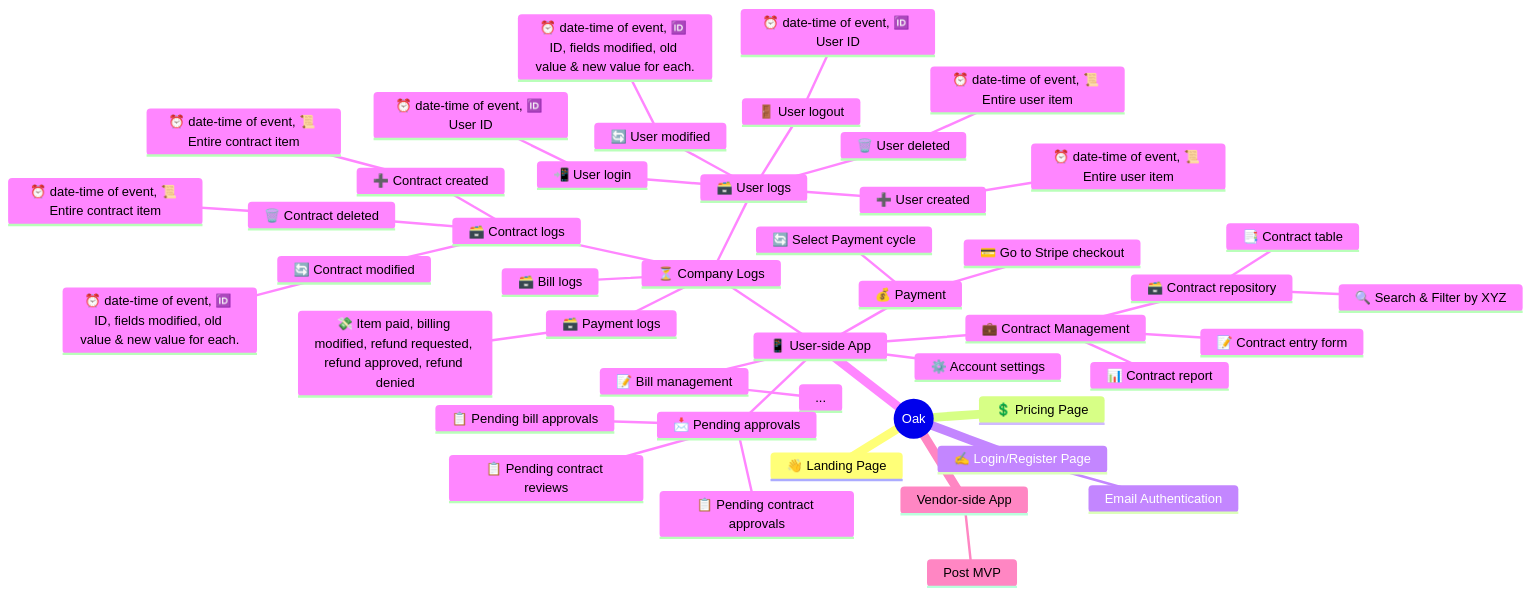
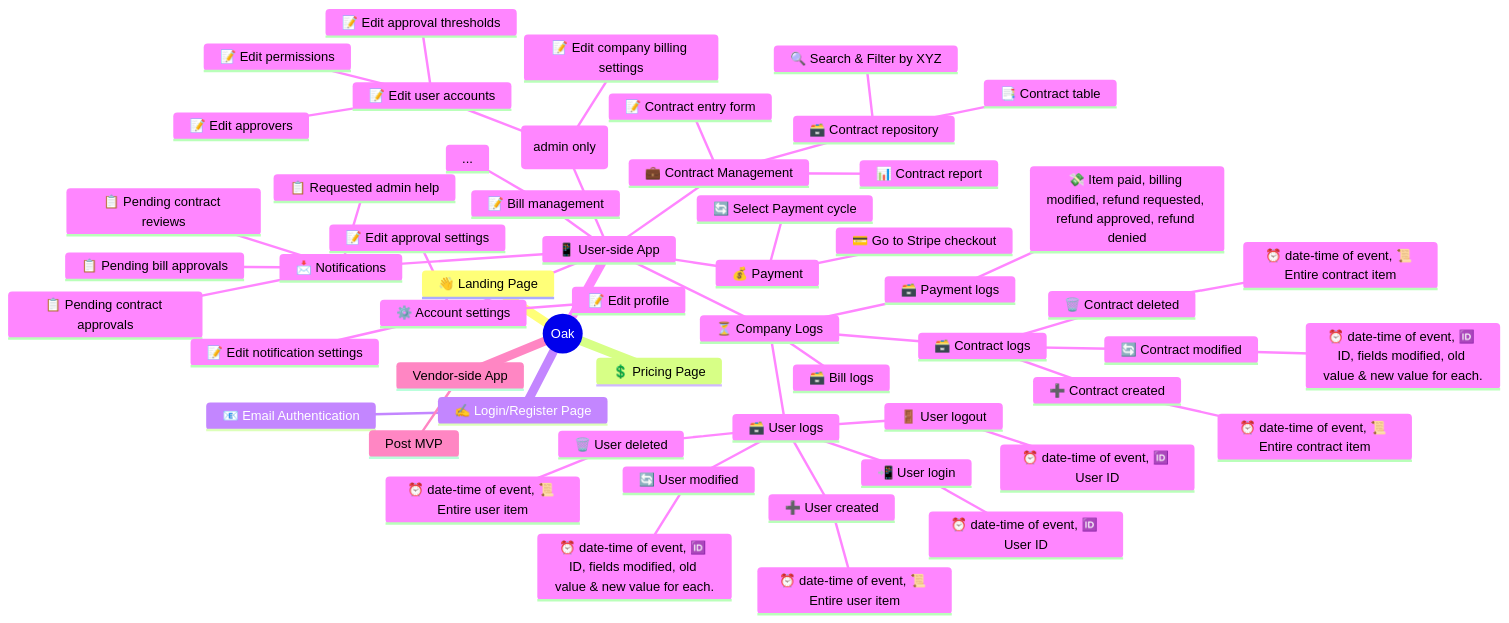
The first of 2 diagrams in apps/oak/static/sitemap.md (startino/futino), drawn with Mermaid before and after one commit. The commit also changed other lines of this file and 3 other files, not shown here.

````diff
--- a/apps/oak/static/sitemap.md
+++ b/apps/oak/static/sitemap.md
@@ -1,51 +1,61 @@
 ```mermaid
 
 mindmap
     root((Oak))
         👋 Landing Page
         💲 Pricing Page
         ✍️ Login/Register Page
-            Email Authentication
+            📧 Email Authentication 
         📱 User-side App
             💼 Contract Management
                 🗃️ Contract repository
                     📑 Contract table
                     🔍 Search & Filter by XYZ
                 📝 Contract entry form
                 📊 Contract report
             📝 Bill management
                 ...
-            📩 Pending approvals
+            📩 Notifications
                 📋 Pending contract approvals
                 📋 Pending bill approvals
                 📋 Pending contract reviews
+                📋 Requested admin help
             ⚙️ Account settings
+                📝 Edit profile
+                📝 Edit notification settings
+                📝 Edit approval settings
+            ⚙️ Company settings (admin only)
+                📝 Edit user accounts
+                    📝 Edit permissions
+                    📝 Edit approvers
+                    📝 Edit approval thresholds
+                📝 Edit company billing settings
             💰 Payment
                 🔄 Select Payment cycle
                 💳 Go to Stripe checkout
             ⏳ Company Logs
                 🗃️ Contract logs
                     ➕ Contract created
                         ⏰ date-time of event, 📜 Entire contract item
                     🔄 Contract modified
                         ⏰ date-time of event, 🆔 ID, fields modified, old value & new value for each.
                     🗑️ Contract deleted
                         ⏰ date-time of event, 📜 Entire contract item
                 🗃️ Bill logs
                 🗃️ User logs
                     ➕ User created
                         ⏰ date-time of event, 📜 Entire user item
                     📲 User login
                         ⏰ date-time of event, 🆔 User ID
                     🚪 User logout
                         ⏰ date-time of event, 🆔 User ID
                     🗑️ User deleted
                         ⏰ date-time of event, 📜 Entire user item
                     🔄 User modified
                         ⏰ date-time of event, 🆔 ID, fields modified, old value & new value for each.
                 🗃️ Payment logs
                     💸 Item paid, billing modified, refund requested, refund approved, refund denied
         Vendor-side App
             Post MVP
             
 ```
````
